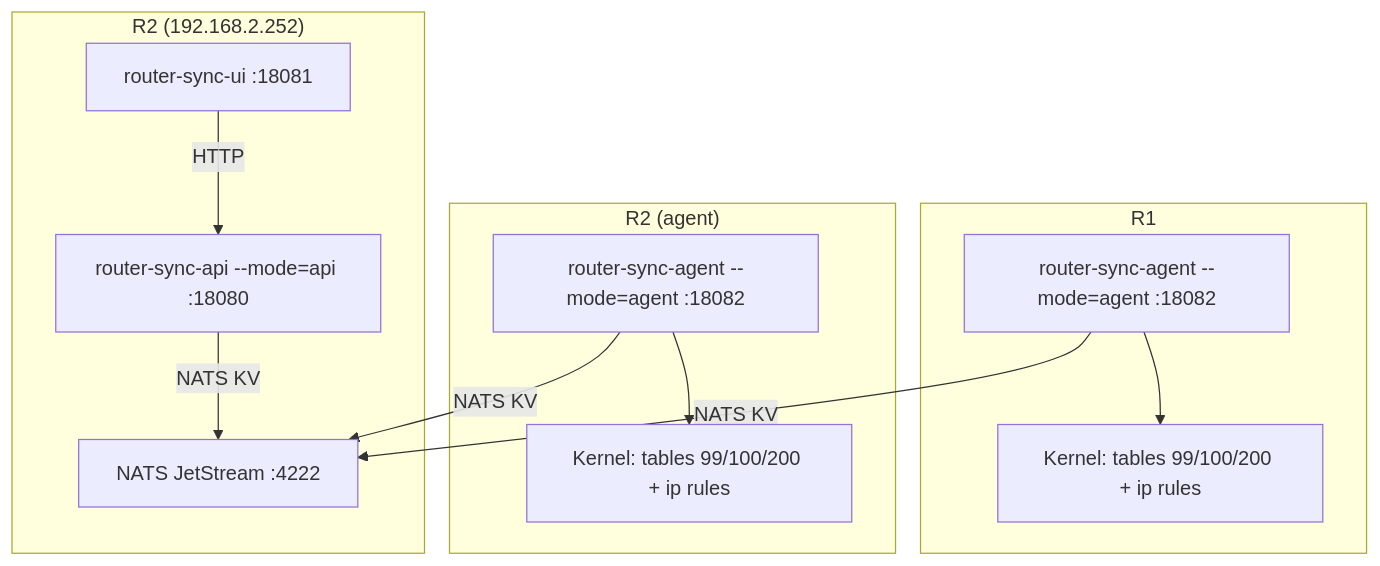
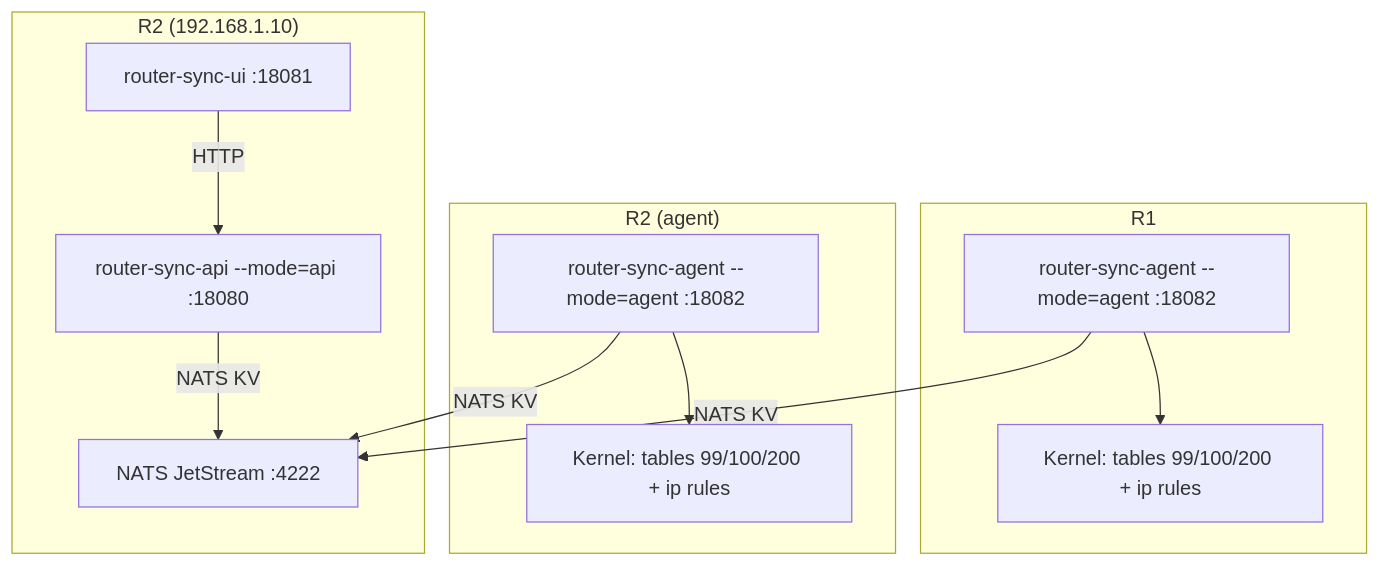
The first of 5 diagrams in ARCHITECTURE.md (fcastello/router-sync), drawn with Mermaid before and after one commit. The commit also changed other lines of this file and 23 other files, not shown here.

````diff
--- a/ARCHITECTURE.md
+++ b/ARCHITECTURE.md
@@ -11,25 +11,25 @@
 ```mermaid
 flowchart TB
-  subgraph R2["R2 (192.168.2.252)"]
+  subgraph R2["R2 (192.168.1.10)"]
     UI["router-sync-ui :18081"]
     API["router-sync-api --mode=api :18080"]
     NATS["NATS JetStream :4222"]
   end
 
   subgraph R1["R1"]
     A1["router-sync-agent --mode=agent :18082"]
     K1["Kernel: tables 99/100/200 + ip rules"]
   end
 
   subgraph R2agent["R2 (agent)"]
     A2["router-sync-agent --mode=agent :18082"]
     K2["Kernel: tables 99/100/200 + ip rules"]
   end
 
   UI -->|HTTP| API
   API -->|NATS KV| NATS
   A1 -->|NATS KV| NATS
   A2 -->|NATS KV| NATS
   A1 --> K1
   A2 --> K2
 ```
````
